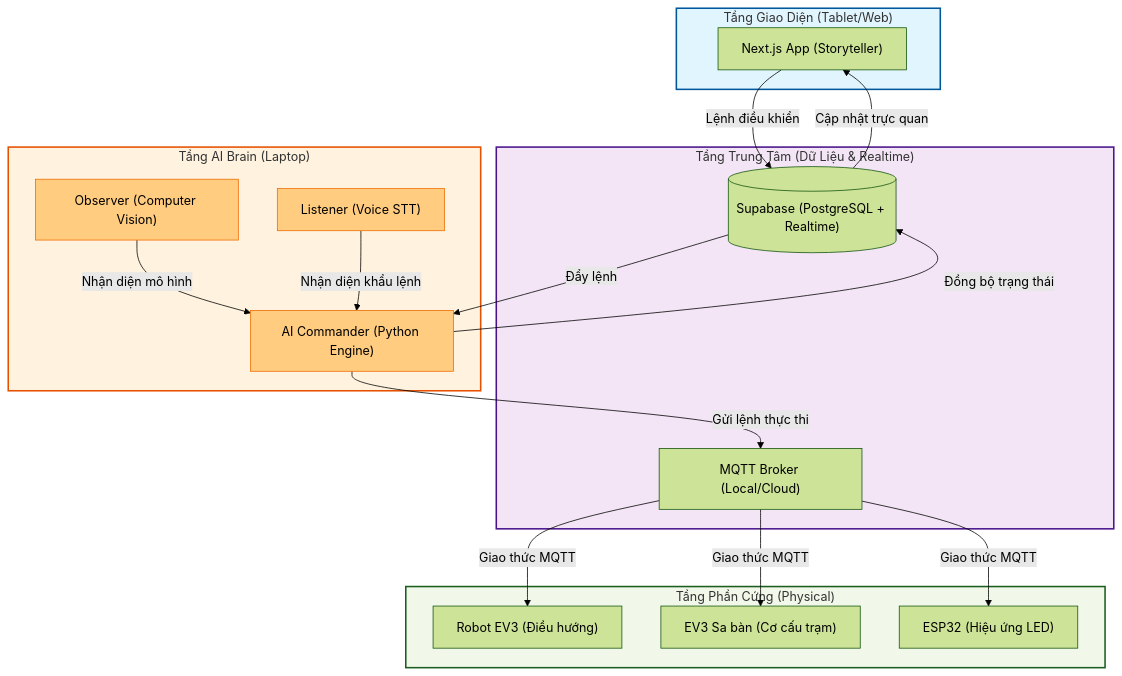
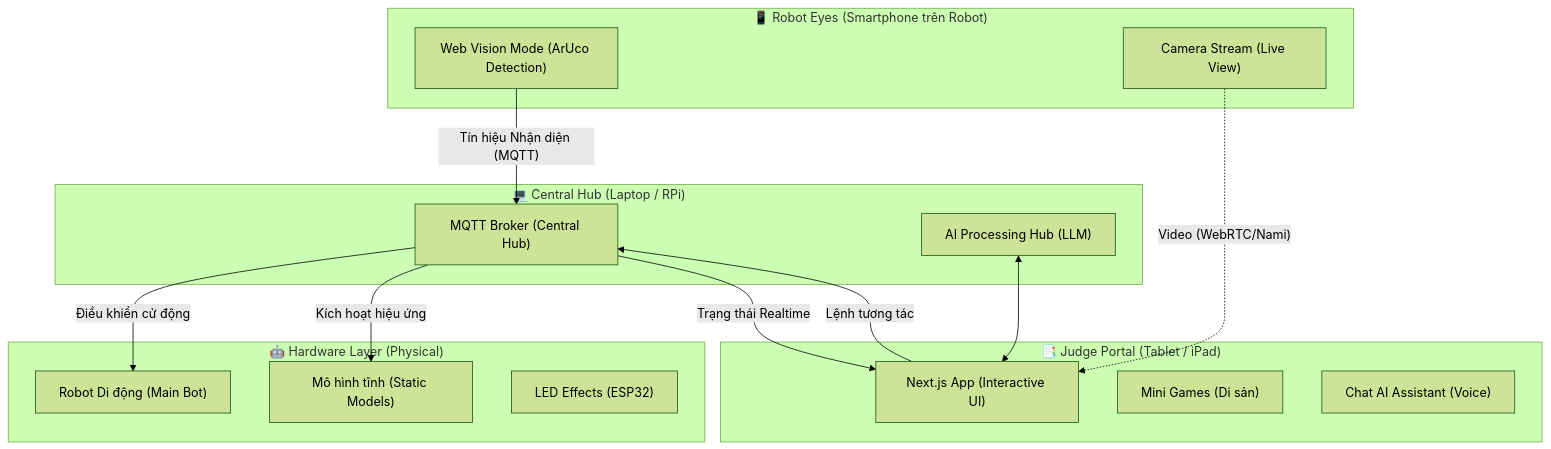
The diagram in .antigravity/ARCHITECTURE_OVERVIEW.md (quanpl86/2026wro-b4-gv), drawn with Mermaid (forest theme) before and after one commit. The commit also changed other lines of this file and 4 other files, not shown here.

Commit message:
feat: implement Phase 4 - Mobile Browser Vision and High-Speed WebSocket Bridge

````diff
--- a/.antigravity/ARCHITECTURE_OVERVIEW.md
+++ b/.antigravity/ARCHITECTURE_OVERVIEW.md
@@ -5,47 +5,37 @@
 ```mermaid
 graph TD
-    %% Tầng Người dùng & Giao diện
-    subgraph UI_Layer ["Tầng Giao Diện (Tablet/Web)"]
-        Storyteller["Next.js App (Storyteller)"]
-        style UI_Layer fill:#e1f5fe,stroke:#01579b,stroke-width:2px
+    %% Tầng Cảm biến (Robot Eyes)
+    subgraph Eyes_Unit ["📱 Robot Eyes (Smartphone trên Robot)"]
+        VisionAI["Web Vision Mode (ArUco Detection)"]
+        CamStream["Camera Stream (Live View)"]
     end
 
-    %% Tầng Đám mây & Dữ liệu
-    subgraph Cloud_Layer ["Tầng Trung Tâm (Dữ Liệu & Realtime)"]
-        Supabase[("Supabase (PostgreSQL + Realtime)")]
-        MQTT_Broker["MQTT Broker (Local/Cloud)"]
-        style Cloud_Layer fill:#f3e5f5,stroke:#4a148c,stroke-width:2px
+    %% Tầng Tương tác (Judge Portal)
+    subgraph Portal_Unit ["📑 Judge Portal (Tablet / iPad)"]
+        InteractUI["Next.js App (Interactive UI)"]
+        MiniGames["Mini Games (Di sản)"]
+        AIAssistant["Chat AI Assistant (Voice)"]
     end
 
-    %% Tầng Trí tuệ bộ não
-    subgraph AI_Brain_Layer ["Tầng AI Brain (Laptop)"]
-        Commander["AI Commander (Python Engine)"]
-        Observer["Observer (Computer Vision)"]
-        Listener["Listener (Voice STT)"]
-        style AI_Brain_Layer fill:#fff3e0,stroke:#e65100,stroke-width:2px
+    %% Tầng Hub Trung tâm (Central Hub)
+    subgraph Hub_Unit ["💻 Central Hub (Laptop / RPi)"]
+        MQTT_Broker["MQTT Broker (Central Hub)"]
+        AIEngine["AI Processing Hub (LLM)"]
     end
 
-    %% Tầng Thực thi Vật lý
-    subgraph Hardware_Layer ["Tầng Phần Cứng (Physical)"]
-        EV3_Robot["Robot EV3 (Điều hướng)"]
-        EV3_Station["EV3 Sa bàn (Cơ cấu trạm)"]
-        ESP32["ESP32 (Hiệu ứng LED)"]
-        style Hardware_Layer fill:#f1f8e9,stroke:#1b5e20,stroke-width:2px
+    %% Tầng Thực thi (Physical Robots)
+    subgraph Hardware_Layer ["🤖 Hardware Layer (Physical)"]
+        EV3_Robot["Robot Di động (Main Bot)"]
+        EV3_Stations["Mô hình tĩnh (Static Models)"]
+        ESP32_Effects["LED Effects (ESP32)"]
     end
 
-    %% Các mối quan hệ (Connections)
-    Observer -- "Nhận diện mô hình" --> Commander
-    Listener -- "Nhận diện khẩu lệnh" --> Commander
-    Commander -- "Đồng bộ trạng thái" --> Supabase
-    Supabase -- "Cập nhật trực quan" --> Storyteller
-    Storyteller -- "Lệnh điều khiển" --> Supabase
-    Supabase -- "Đẩy lệnh" --> Commander
-    Commander -- "Gửi lệnh thực thi" --> MQTT_Broker
-    MQTT_Broker -- "Giao thức MQTT" --> EV3_Robot
-    MQTT_Broker -- "Giao thức MQTT" --> EV3_Station
-    MQTT_Broker -- "Giao thức MQTT" --> ESP32
-
-    %% Chú thích
-    classDef brain fill:#ffcc80,stroke:#ef6c00;
-    class Commander,Observer,Listener brain;
+    %% Luồng dữ liệu
+    VisionAI -- "Tín hiệu Nhận diện (MQTT)" --> MQTT_Broker
+    InteractUI -- "Lệnh tương tác" --> MQTT_Broker
+    MQTT_Broker -- "Điều khiển cử động" --> EV3_Robot
+    MQTT_Broker -- "Kích hoạt hiệu ứng" --> EV3_Stations
+    MQTT_Broker -- "Trạng thái Realtime" --> InteractUI
+    CamStream -. "Video (WebRTC/Nami)" .-> InteractUI
+    AIEngine <--> InteractUI
 ```
````
